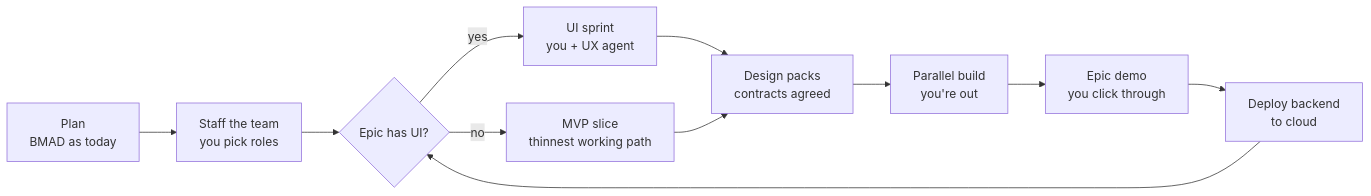
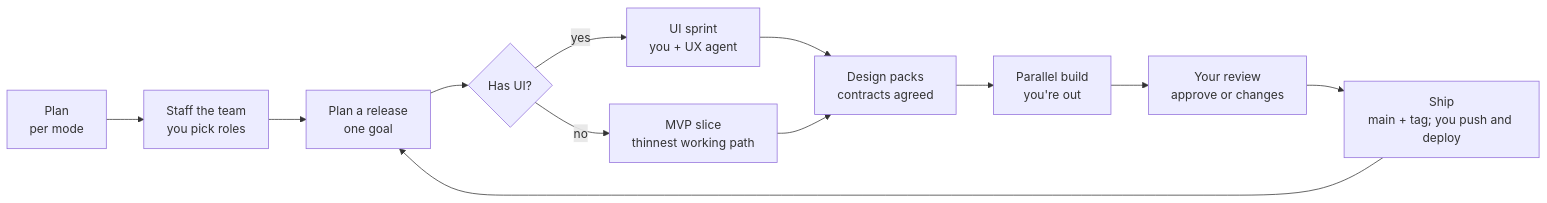
One commit to lokkrish/madcompany changed the first of 2 diagrams in docs/SPEC.md. Above: the diagram before and after it, drawn with Mermaid. The commit also changed other lines of this file and 18 other files, not shown here.

````diff
--- a/docs/SPEC.md
+++ b/docs/SPEC.md
@@ -45,13 +49,14 @@
 ```mermaid
 flowchart LR
-  A[Plan<br/>BMAD as today] --> B[Staff the team<br/>you pick roles]
-  B --> C{Epic has UI?}
+  A[Plan<br/>per mode] --> B[Staff the team<br/>you pick roles]
+  B --> P[Plan a release<br/>one goal]
+  P --> C{Has UI?}
   C -- yes --> D[UI sprint<br/>you + UX agent]
   C -- no --> E[MVP slice<br/>thinnest working path]
   D --> F[Design packs<br/>contracts agreed]
   E --> F
   F --> G[Parallel build<br/>you're out]
-  G --> H[Epic demo<br/>you click through]
-  H --> I[Deploy backend<br/>to cloud]
-  I --> C
+  G --> H[Your review<br/>approve or changes]
+  H --> I[Ship<br/>main + tag; you push and deploy]
+  I --> P
 ```
````
